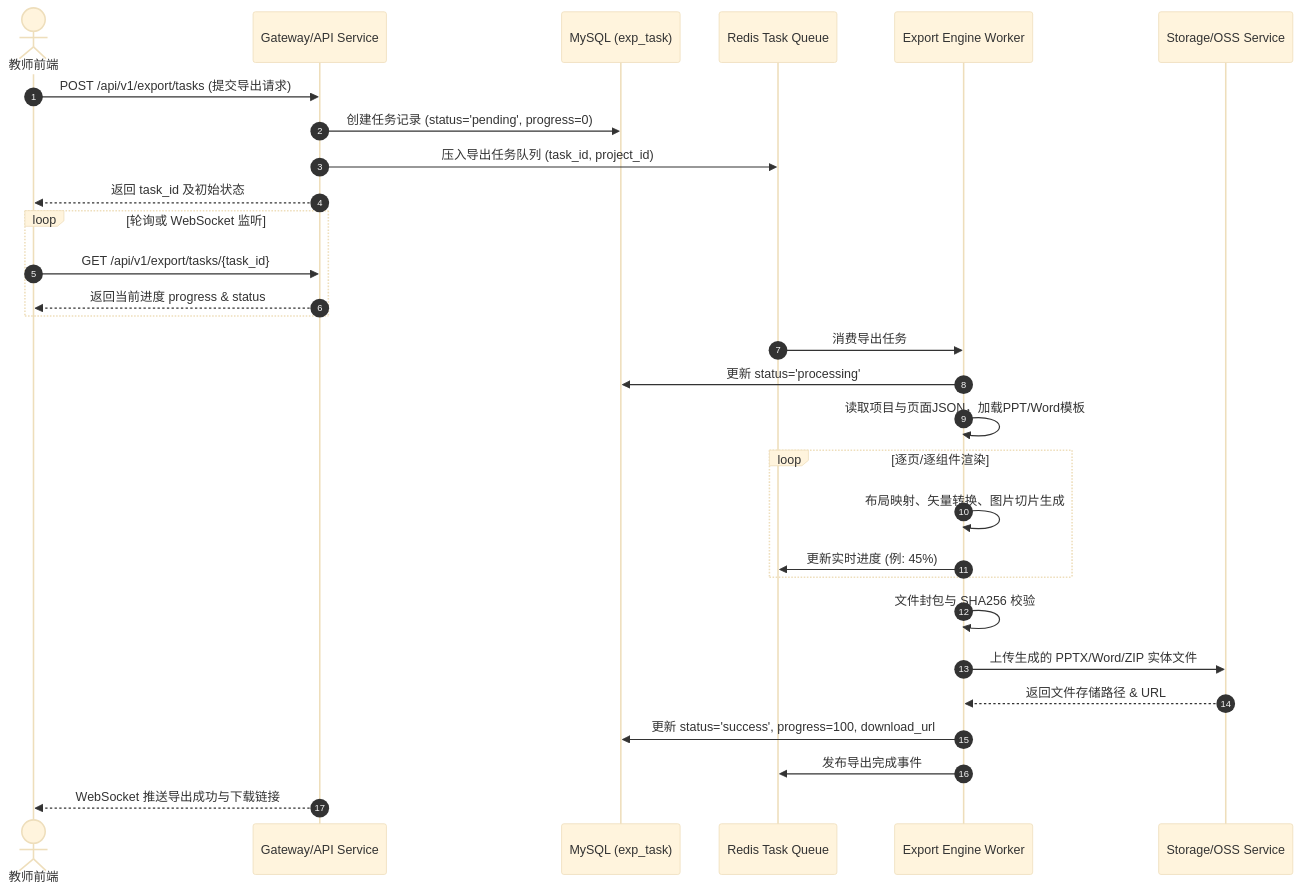
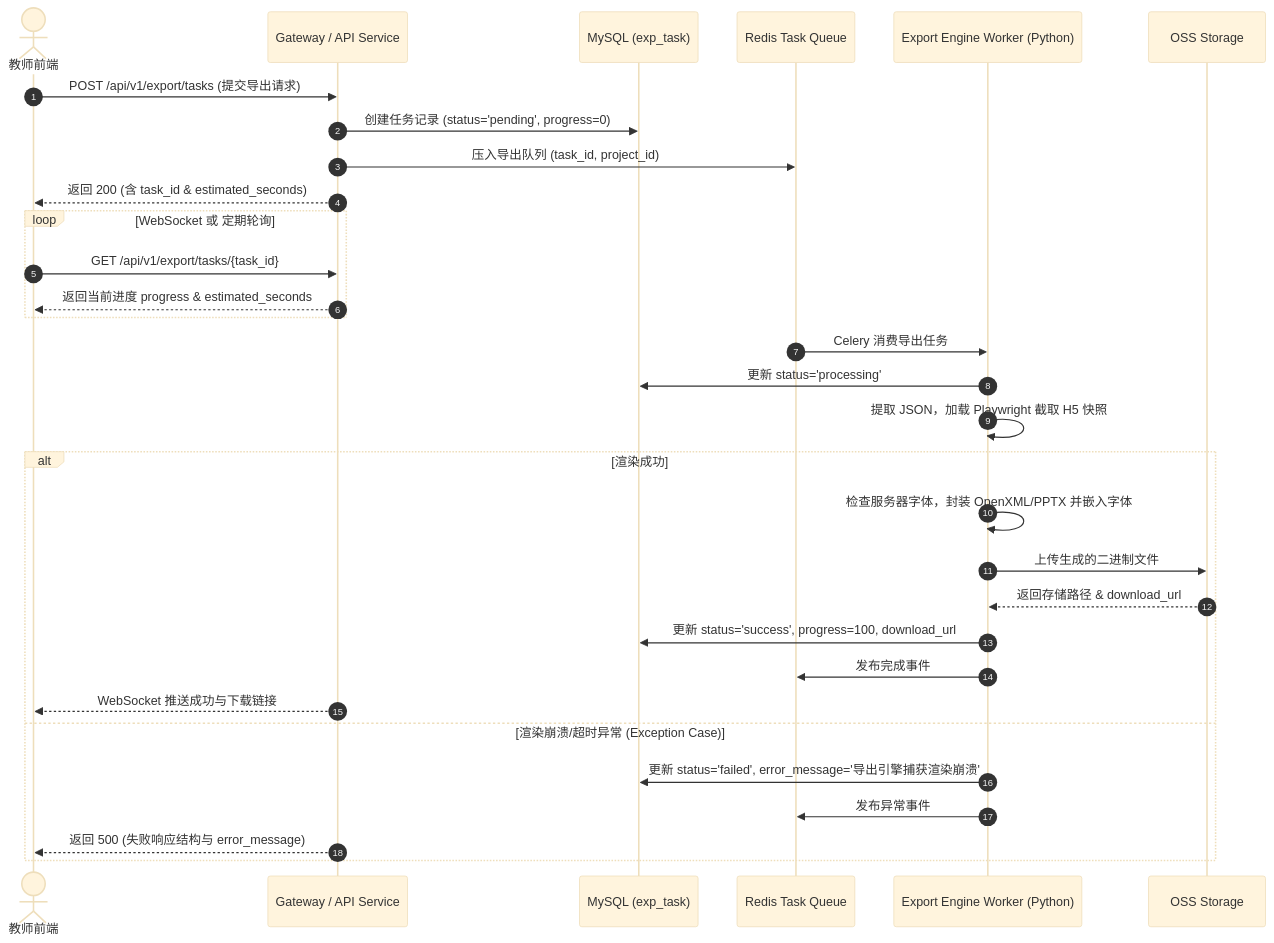
One commit to ltyqa/MyNote changed the first of 2 diagrams in 服务外包2026/模块5和模块6_详细设计.md. Above: the diagram before and after it, drawn with Mermaid (base theme). The commit also changed other lines of this file, not shown here.

````diff
--- a/服务外包2026/模块5和模块6_详细设计.md
+++ b/服务外包2026/模块5和模块6_详细设计.md
@@ -92,36 +99,37 @@
 ```mermaid
 sequenceDiagram
     autonumber
     actor Teacher as 教师前端
-    participant API as Gateway/API Service
+    participant API as Gateway / API Service
     participant TaskDB as MySQL (exp_task)
     participant Redis as Redis Task Queue
-    participant Worker as Export Engine Worker
-    participant OSS as Storage/OSS Service
+    participant Worker as Export Engine Worker (Python)
+    participant OSS as OSS Storage
 
     Teacher->>API: POST /api/v1/export/tasks (提交导出请求)
     API->>TaskDB: 创建任务记录 (status='pending', progress=0)
-    API->>Redis: 压入导出任务队列 (task_id, project_id)
-    API-->>Teacher: 返回 task_id 及初始状态
+    API->>Redis: 压入导出队列 (task_id, project_id)
+    API-->>Teacher: 返回 200 (含 task_id & estimated_seconds)
 
-    loop 轮询或 WebSocket 监听
+    loop WebSocket 或 定期轮询
         Teacher->>API: GET /api/v1/export/tasks/{task_id}
-        API-->>Teacher: 返回当前进度 progress & status
+        API-->>Teacher: 返回当前进度 progress & estimated_seconds
     end
 
-    Redis->>Worker: 消费导出任务
+    Redis->>Worker: Celery 消费导出任务
     Worker->>TaskDB: 更新 status='processing'
-    Worker->>Worker: 读取项目与页面JSON，加载PPT/Word模板
+    Worker->>Worker: 提取 JSON，加载 Playwright 截取 H5 快照
     
-    loop 逐页/逐组件渲染
-        Worker->>Worker: 布局映射、矢量转换、图片切片生成
-        Worker->>Redis: 更新实时进度 (例: 45%)
+    alt 渲染成功
+        Worker->>Worker: 检查服务器字体，封装 OpenXML/PPTX 并嵌入字体
+        Worker->>OSS: 上传生成的二进制文件
+        OSS-->>Worker: 返回存储路径 & download_url
+        Worker->>TaskDB: 更新 status='success', progress=100, download_url
+        Worker->>Redis: 发布完成事件
+        API-->>Teacher: WebSocket 推送成功与下载链接
+    else 渲染崩溃/超时异常 (Exception Case)
+        Worker->>TaskDB: 更新 status='failed', error_message='导出引擎捕获渲染崩溃'
+        Worker->>Redis: 发布异常事件
+        API-->>Teacher: 返回 500 (失败响应结构与 error_message)
     end
-
-    Worker->>Worker: 文件封包与 SHA256 校验
-    Worker->>OSS: 上传生成的 PPTX/Word/ZIP 实体文件
-    OSS-->>Worker: 返回文件存储路径 & URL
-    Worker->>TaskDB: 更新 status='success', progress=100, download_url
-    Worker->>Redis: 发布导出完成事件
-    API-->>Teacher: WebSocket 推送导出成功与下载链接
 ```
````
